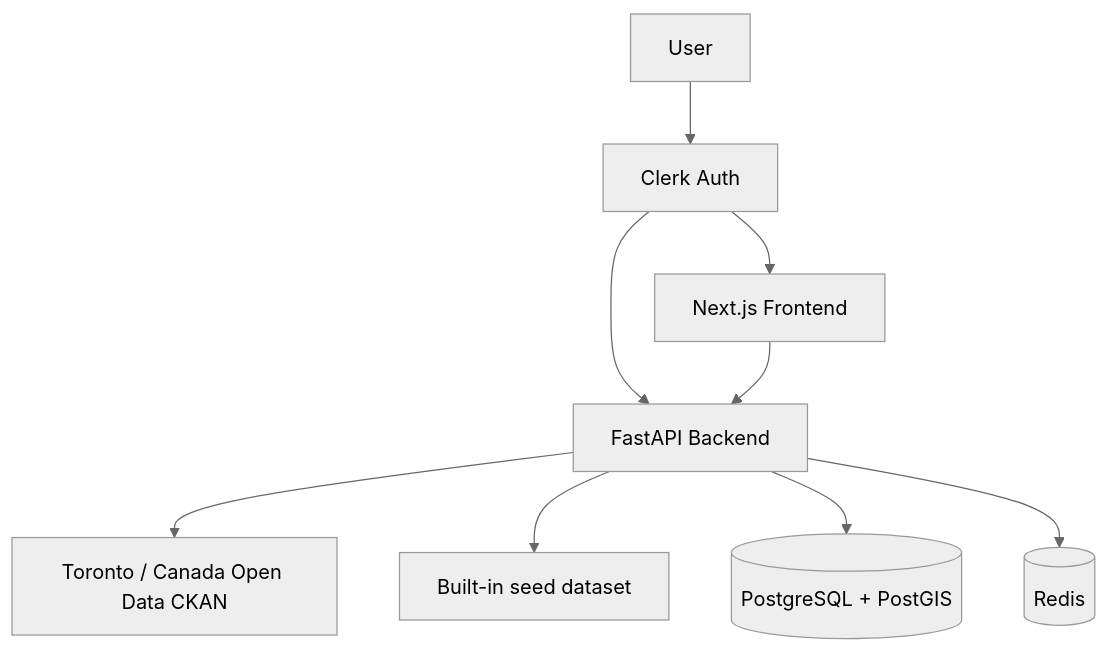
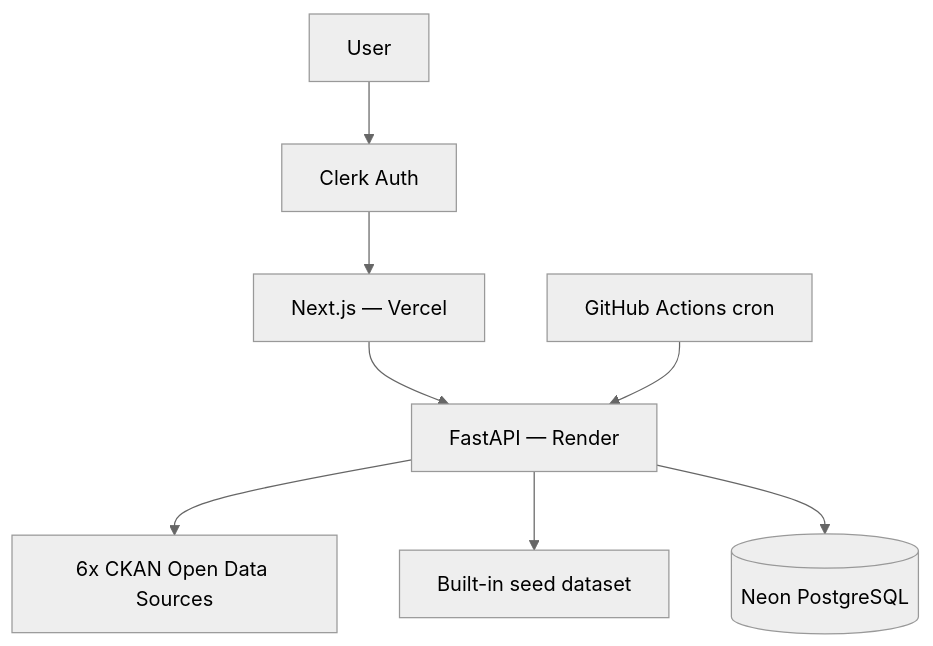
One commit to Chukwuemekaokafor77/MAPLEMATCH changed the diagram in MapleMatch/README.md. Above: the diagram before and after it, drawn with Mermaid (neutral theme). The commit also changed other lines of this file and 1 other file, not shown here.

Commit message:
docs: update README with live URLs, full feature list, 6-source data pipeline, and deployment guide

````diff
--- a/MapleMatch/README.md
+++ b/MapleMatch/README.md
@@ -127,11 +86,10 @@
 ```mermaid
 graph TB
     User --> Clerk[Clerk Auth]
-    Clerk --> Web[Next.js Frontend]
-    Clerk --> API[FastAPI Backend]
-    Web --> API
-    API --> OpenData[Toronto / Canada Open Data CKAN]
+    Clerk --> Web[Next.js — Vercel]
+    Web --> API[FastAPI — Render]
+    API --> CKAN[6x CKAN Open Data Sources]
     API --> Seed[Built-in seed dataset]
-    API --> DB[(PostgreSQL + PostGIS)]
-    API --> Cache[(Redis)]
+    API --> DB[(Neon PostgreSQL)]
+    GH[GitHub Actions cron] --> API
 ```
````
